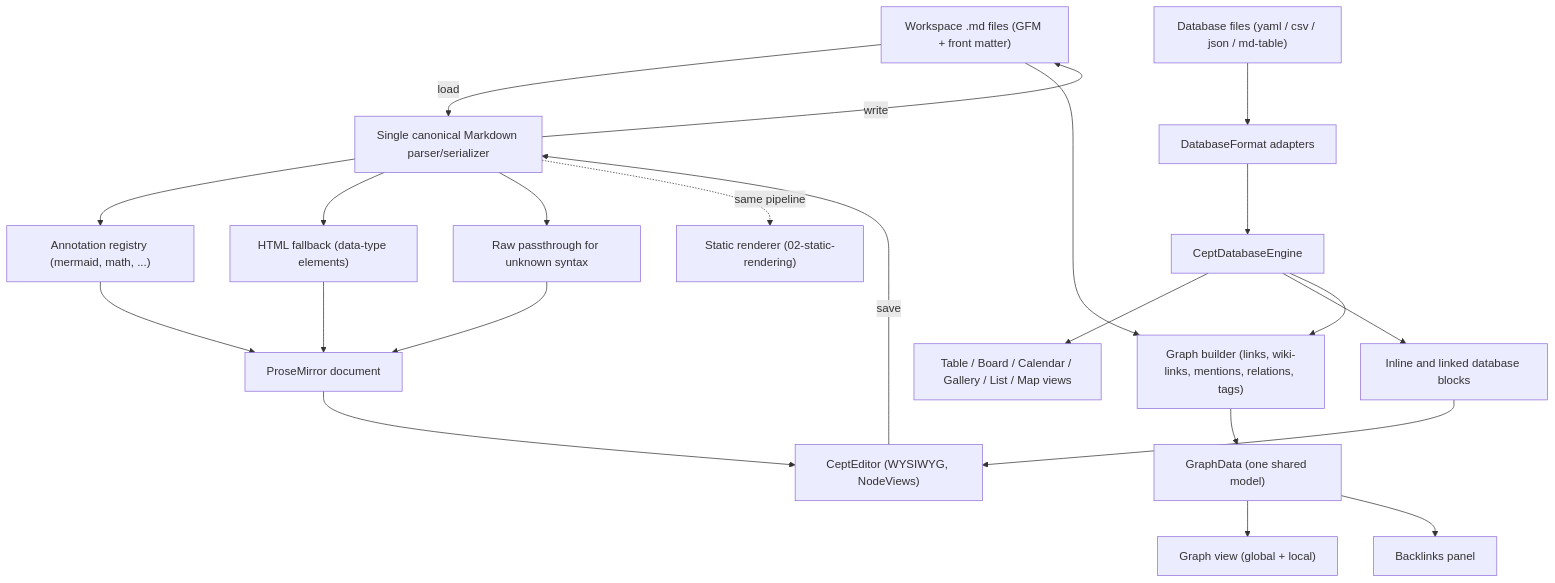
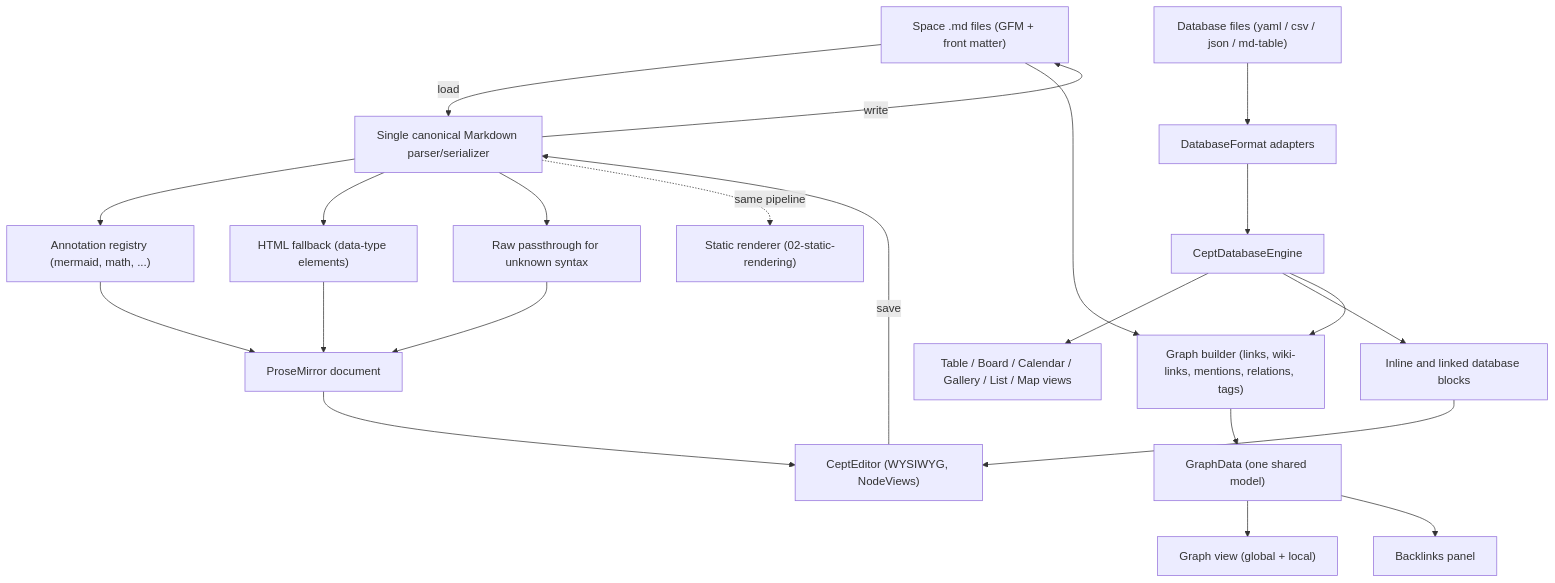
The first of 2 diagrams in docs/specs/requirements/08-editor.md (nsheaps/cept), drawn with Mermaid before and after one commit. The commit also changed other lines of this file and 12 other files, not shown here.

````diff
--- a/docs/specs/requirements/08-editor.md
+++ b/docs/specs/requirements/08-editor.md
@@ -72,24 +72,24 @@
 ```mermaid
 flowchart TD
-    MD["Workspace .md files (GFM + front matter)"] -->|load| PARSE["Single canonical Markdown parser/serializer"]
+    MD["Space .md files (GFM + front matter)"] -->|load| PARSE["Single canonical Markdown parser/serializer"]
     PARSE --> REG["Annotation registry (mermaid, math, ...)"]
     PARSE --> FB["HTML fallback (data-type elements)"]
     PARSE --> RAW["Raw passthrough for unknown syntax"]
     REG --> PM["ProseMirror document"]
     FB --> PM
     RAW --> PM
     PM --> ED["CeptEditor (WYSIWYG, NodeViews)"]
     ED -->|save| PARSE
     PARSE -->|write| MD
     DBF["Database files (yaml / csv / json / md-table)"] --> FMT["DatabaseFormat adapters"]
     FMT --> ENG["CeptDatabaseEngine"]
     ENG --> VIEWS["Table / Board / Calendar / Gallery / List / Map views"]
     ENG --> INL["Inline and linked database blocks"]
     INL --> ED
     MD --> GB["Graph builder (links, wiki-links, mentions, relations, tags)"]
     ENG --> GB
     GB --> GD["GraphData (one shared model)"]
     GD --> GV["Graph view (global + local)"]
     GD --> BL["Backlinks panel"]
     PARSE -. "same pipeline" .-> SSG["Static renderer (02-static-rendering)"]
 ```
````
